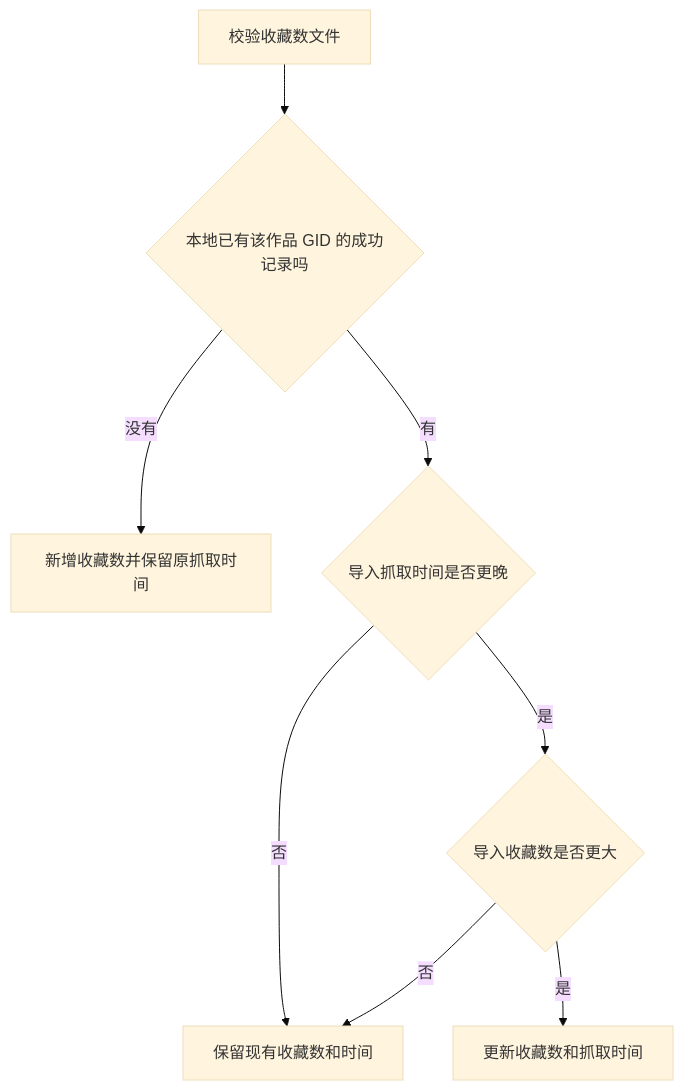
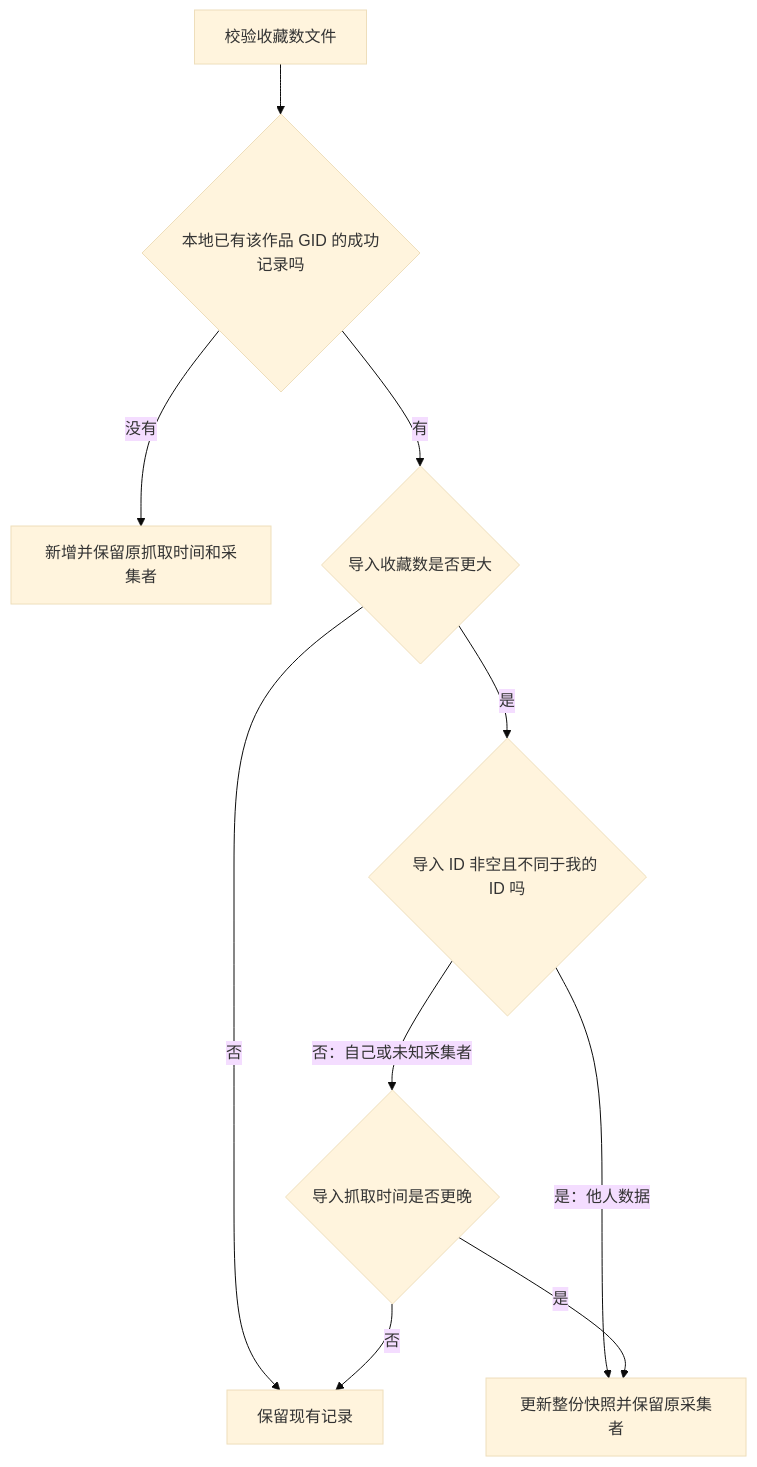
Before and after one commit to IGreyeyes/exhentai-local-catalog: the second of 2 diagrams in README.md, drawn with Mermaid (base theme). The commit also changed other lines of this file and 14 other files, not shown here.

````diff
--- a/README.md
+++ b/README.md
@@ -467,10 +494,12 @@
 ```mermaid
 flowchart TD
     A[校验收藏数文件] --> B{本地已有该作品 GID 的成功记录吗}
-    B -->|没有| C[新增收藏数并保留原抓取时间]
-    B -->|有| D{导入抓取时间是否更晚}
-    D -->|否| E[保留现有收藏数和时间]
-    D -->|是| F{导入收藏数是否更大}
-    F -->|否| E
-    F -->|是| G[更新收藏数和抓取时间]
+    B -->|没有| C[新增并保留原抓取时间和采集者]
+    B -->|有| D{导入收藏数是否更大}
+    D -->|否| E[保留现有记录]
+    D -->|是| F{导入 ID 非空且不同于我的 ID 吗}
+    F -->|是：他人数据| G[更新整份快照并保留原采集者]
+    F -->|否：自己或未知采集者| H{导入抓取时间是否更晚}
+    H -->|否| E
+    H -->|是| G
 ```
````
